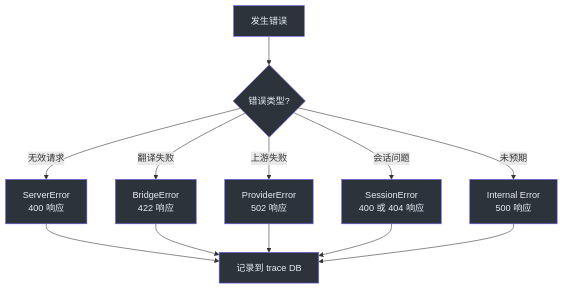
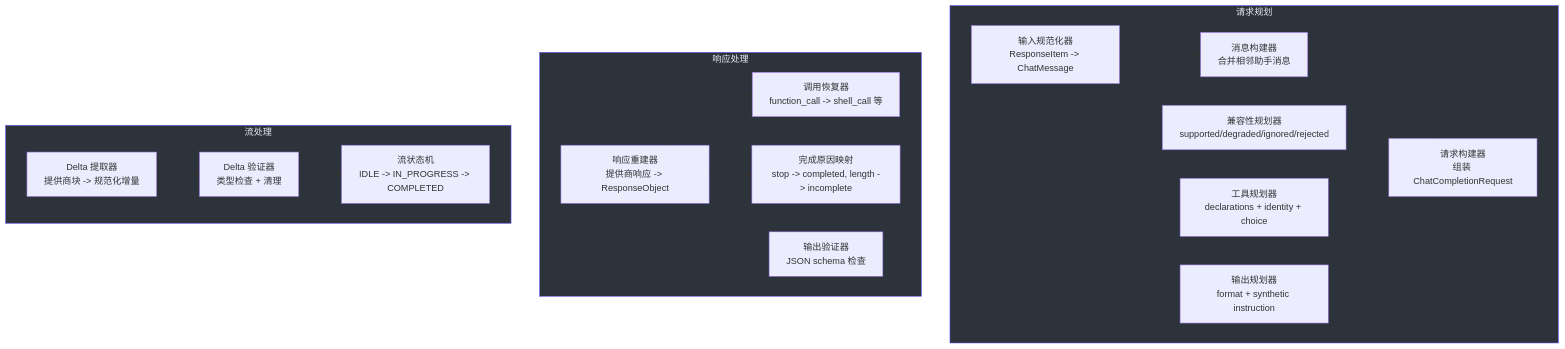
Before and after one commit to zamelee/GodeX: the third of 3 diagrams in wiki/zh/onboarding/staff-engineer-guide.md, drawn with Mermaid. The commit also changed other lines of this file and 120 other files, not shown here.

Commit message:
docs: comprehensive VitePress wiki with dark theme, EN/ZH sync, and Mermaid fixes (#118)

````diff
--- a/wiki/zh/onboarding/staff-engineer-guide.md
+++ b/wiki/zh/onboarding/staff-engineer-guide.md
@@ -320,24 +248,39 @@
 ```mermaid
-graph TD
-  Error["发生错误"] --> Type{错误类型?}
-  Type --> |无效请求| Server["ServerError<br>400 响应"]
-  Type --> |翻译失败| Bridge["BridgeError<br>422 响应"]
-  Type --> |上游失败| Provider["ProviderError<br>502 响应"]
-  Type --> |会话问题| Session["SessionError<br>400 或 404 响应"]
-  Type --> |未预期| Internal["Internal Error<br>500 响应"]
+graph TB
+  subgraph RequestPlanning["请求规划"]
+    InputNorm["输入规范化器<br>ResponseItem -> ChatMessage"]
+    MsgBuilder["消息构建器<br>合并相邻助手消息"]
+    CompatPlanner["兼容性规划器<br>supported/degraded/ignored/rejected"]
+    ToolPlanner["工具规划器<br>declarations + identity + choice"]
+    OutputPlanner["输出规划器<br>format + synthetic instruction"]
+    ReqBuilder["请求构建器<br>组装 ChatCompletionRequest"]
+  end
 
-  Server --> Trace["记录到 trace DB"]
-  Bridge --> Trace
-  Provider --> Trace
-  Session --> Trace
-  Internal --> Trace
+  subgraph ResponseProcessing["响应处理"]
+    Recon["响应重建器<br>提供商响应 -> ResponseObject"]
+    CallRestore["调用恢复器<br>function_call -> shell_call 等"]
+    FinishReason["完成原因映射<br>stop -> completed, length -> incomplete"]
+    OutputValidate["输出验证器<br>JSON schema 检查"]
+  end
 
-  style Error fill:#2d333b,stroke:#6d5dfc,color:#e6edf3
-  style Type fill:#2d333b,stroke:#6d5dfc,color:#e6edf3
-  style Server fill:#2d333b,stroke:#6d5dfc,color:#e6edf3
-  style Bridge fill:#2d333b,stroke:#6d5dfc,color:#e6edf3
-  style Provider fill:#2d333b,stroke:#6d5dfc,color:#e6edf3
-  style Session fill:#2d333b,stroke:#6d5dfc,color:#e6edf3
-  style Internal fill:#2d333b,stroke:#6d5dfc,color:#e6edf3
-  style Trace fill:#2d333b,stroke:#6d5dfc,color:#e6edf3
+  subgraph StreamProcessing["流处理"]
+    DeltaExtract["Delta 提取器<br>提供商块 -> 规范化增量"]
+    StateMachine["流状态机<br>IDLE -> IN_PROGRESS -> COMPLETED"]
+    DeltaValidate["Delta 验证器<br>类型检查 + 清理"]
+  end
+
+  InputNorm --> MsgBuilder --> ReqBuilder
+  CompatPlanner --> ReqBuilder
+  ToolPlanner --> ReqBuilder
+  OutputPlanner --> ReqBuilder
+
+  Recon --> CallRestore
+  Recon --> FinishReason
+  Recon --> OutputValidate
+
+  DeltaExtract --> DeltaValidate --> StateMachine
+
+  style RequestPlanning fill:#2d333b,stroke:#6d5dfc,color:#e6edf3
+  style ResponseProcessing fill:#2d333b,stroke:#6d5dfc,color:#e6edf3
+  style StreamProcessing fill:#2d333b,stroke:#6d5dfc,color:#e6edf3
 ```
````
